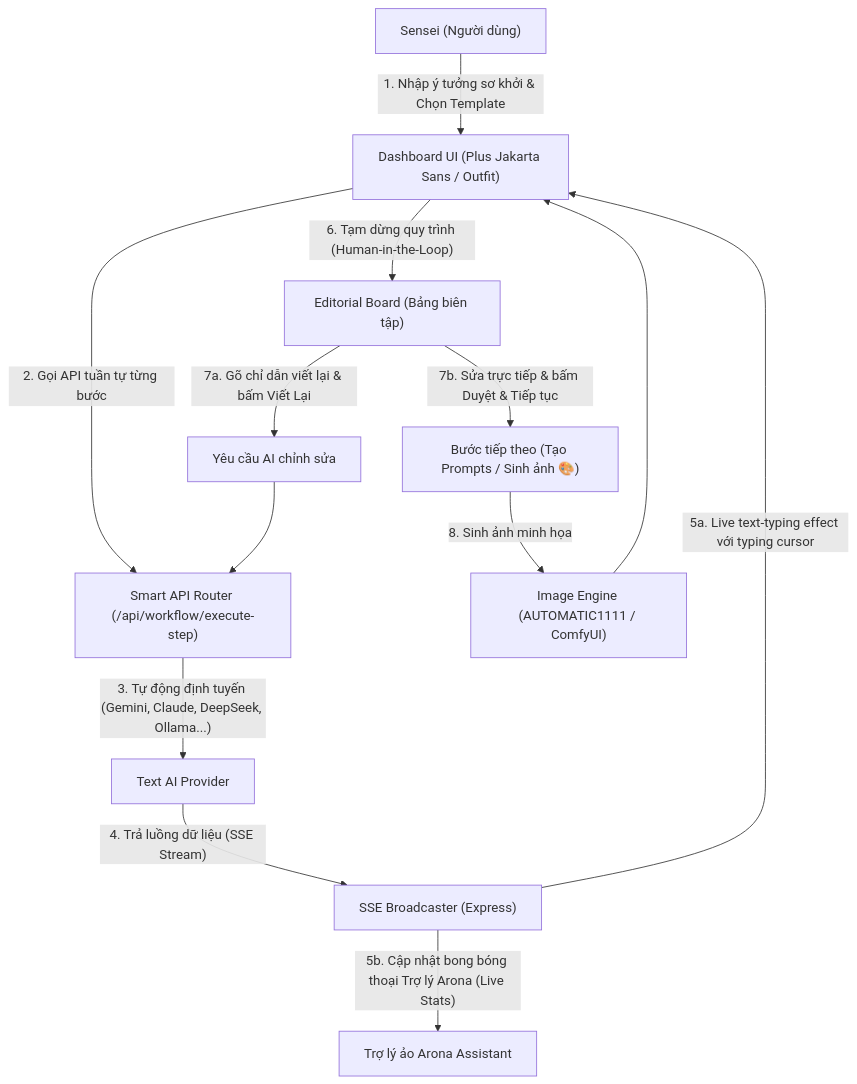
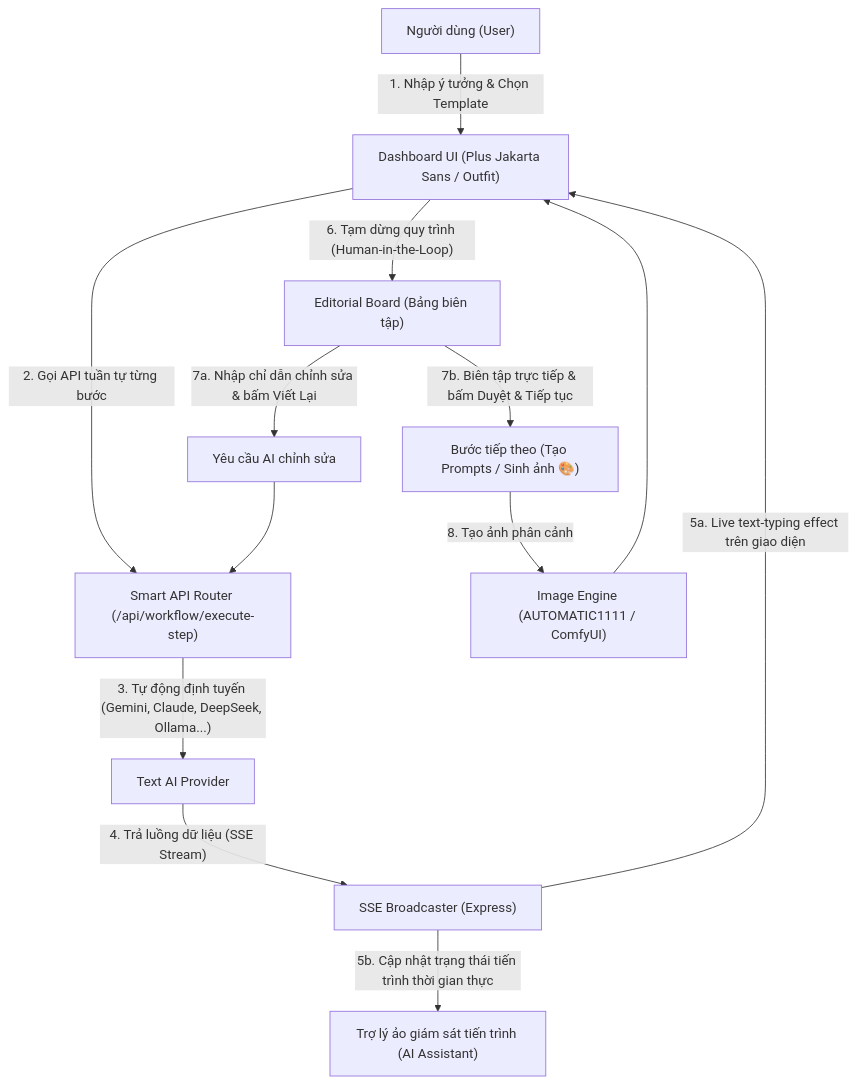
Before and after one commit to usagiloves/-AI-Cinematic: the diagram in README.md, drawn with Mermaid. The commit also changed other lines of this file, not shown here.

Commit message:
docs: rewrite README to adopt professional technical tone

````diff
--- a/README.md
+++ b/README.md
@@ -13,19 +13,19 @@
 ```mermaid
 graph TD
-  User["Sensei (Người dùng)"] -- "1. Nhập ý tưởng sơ khởi & Chọn Template" --> UI["Dashboard UI (Plus Jakarta Sans / Outfit)"]
+  User["Người dùng (User)"] -- "1. Nhập ý tưởng & Chọn Template" --> UI["Dashboard UI (Plus Jakarta Sans / Outfit)"]
   UI -- "2. Gọi API tuần tự từng bước" --> Router["Smart API Router (/api/workflow/execute-step)"]
   Router -- "3. Tự động định tuyến (Gemini, Claude, DeepSeek, Ollama...)" --> AIProvider["Text AI Provider"]
   AIProvider -- "4. Trả luồng dữ liệu (SSE Stream)" --> Broadcaster["SSE Broadcaster (Express)"]
   
-  Broadcaster -- "5a. Live text-typing effect với typing cursor" --> UI
-  Broadcaster -- "5b. Cập nhật bong bóng thoại Trợ lý Arona (Live Stats)" --> Arona["Trợ lý ảo Arona Assistant"]
+  Broadcaster -- "5a. Live text-typing effect trên giao diện" --> UI
+  Broadcaster -- "5b. Cập nhật trạng thái tiến trình thời gian thực" --> Assistant["Trợ lý ảo giám sát tiến trình (AI Assistant)"]
   
   UI -- "6. Tạm dừng quy trình (Human-in-the-Loop)" --> Editor["Editorial Board (Bảng biên tập)"]
   
-  Editor -- "7a. Gõ chỉ dẫn viết lại & bấm Viết Lại" --> Rewrite["Yêu cầu AI chỉnh sửa"]
+  Editor -- "7a. Nhập chỉ dẫn chỉnh sửa & bấm Viết Lại" --> Rewrite["Yêu cầu AI chỉnh sửa"]
   Rewrite --> Router
   
-  Editor -- "7b. Sửa trực tiếp & bấm Duyệt & Tiếp tục" --> StepNext["Bước tiếp theo (Tạo Prompts / Sinh ảnh 🎨)"]
-  StepNext -- "8. Sinh ảnh minh họa" --> ImageGen["Image Engine (AUTOMATIC1111 / ComfyUI)"]
+  Editor -- "7b. Biên tập trực tiếp & bấm Duyệt & Tiếp tục" --> StepNext["Bước tiếp theo (Tạo Prompts / Sinh ảnh 🎨)"]
+  StepNext -- "8. Tạo ảnh phân cảnh" --> ImageGen["Image Engine (AUTOMATIC1111 / ComfyUI)"]
   ImageGen --> UI
 ```
````
